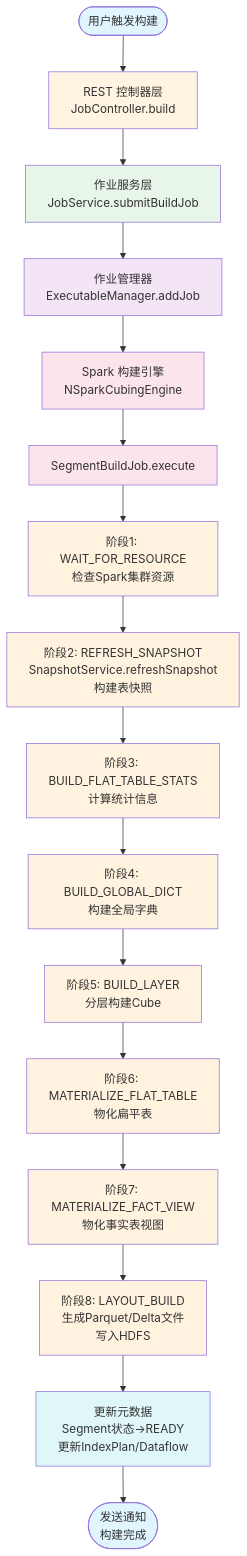
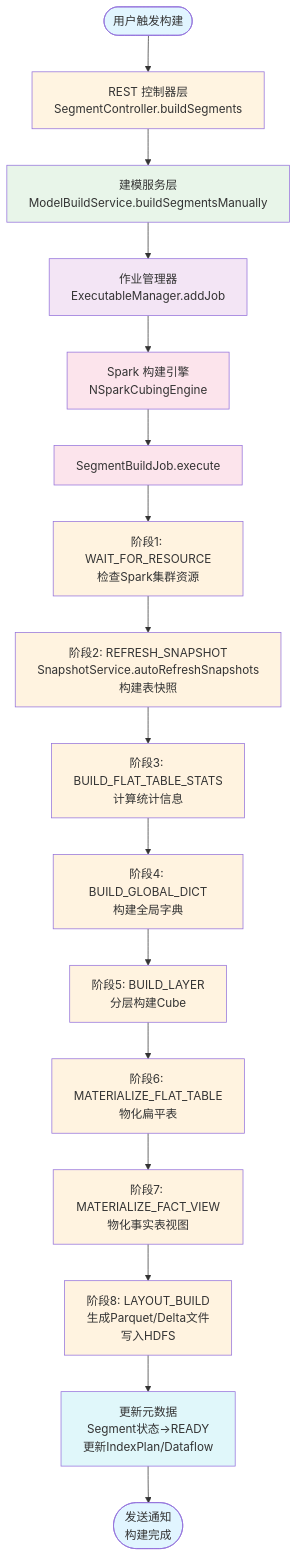
One commit to insomniacdoll/kylin changed the third of 13 diagrams in doc/user-workflow.md. Above: the diagram before and after it, drawn with Mermaid. The commit also changed other lines of this file and 1 other file, not shown here.

Commit message:
add architecture.md and user-workflow.md

````diff
--- a/doc/user-workflow.md
+++ b/doc/user-workflow.md
@@ -67,37 +67,37 @@
 ```mermaid
 flowchart TD
-    Start([用户触发构建]) --> Controller[REST 控制器层<br/>JobController.build]
-    Controller --> Service[作业服务层<br/>JobService.submitBuildJob]
+    Start([用户触发构建]) --> Controller[REST 控制器层<br/>SegmentController.buildSegments]
+    Controller --> Service[建模服务层<br/>ModelBuildService.buildSegmentsManually]
     Service --> Manager[作业管理器<br/>ExecutableManager.addJob]
     Manager --> Engine[Spark 构建引擎<br/>NSparkCubingEngine]
     Engine --> Job[SegmentBuildJob.execute]
 
     Job --> Stage1[阶段1: WAIT_FOR_RESOURCE<br/>检查Spark集群资源]
-    Stage1 --> Stage2[阶段2: REFRESH_SNAPSHOT<br/>SnapshotService.refreshSnapshot<br/>构建表快照]
+    Stage1 --> Stage2[阶段2: REFRESH_SNAPSHOT<br/>SnapshotService.autoRefreshSnapshots<br/>构建表快照]
     Stage2 --> Stage3[阶段3: BUILD_FLAT_TABLE_STATS<br/>计算统计信息]
     Stage3 --> Stage4[阶段4: BUILD_GLOBAL_DICT<br/>构建全局字典]
     Stage4 --> Stage5[阶段5: BUILD_LAYER<br/>分层构建Cube]
     Stage5 --> Stage6[阶段6: MATERIALIZE_FLAT_TABLE<br/>物化扁平表]
     Stage6 --> Stage7[阶段7: MATERIALIZE_FACT_VIEW<br/>物化事实表视图]
     Stage7 --> Stage8[阶段8: LAYOUT_BUILD<br/>生成Parquet/Delta文件<br/>写入HDFS]
 
     Stage8 --> Metadata[更新元数据<br/>Segment状态→READY<br/>更新IndexPlan/Dataflow]
     Metadata --> Notify([发送通知<br/>构建完成])
 
     style Start fill:#e1f5ff
     style Notify fill:#e1f5ff
     style Controller fill:#fff4e1
     style Service fill:#e8f5e9
     style Manager fill:#f3e5f5
     style Engine fill:#fce4ec
     style Job fill:#fce4ec
     style Stage1 fill:#fff3e0
     style Stage2 fill:#fff3e0
     style Stage3 fill:#fff3e0
     style Stage4 fill:#fff3e0
     style Stage5 fill:#fff3e0
     style Stage6 fill:#fff3e0
     style Stage7 fill:#fff3e0
     style Stage8 fill:#fff3e0
     style Metadata fill:#e0f7fa
 ```
````
